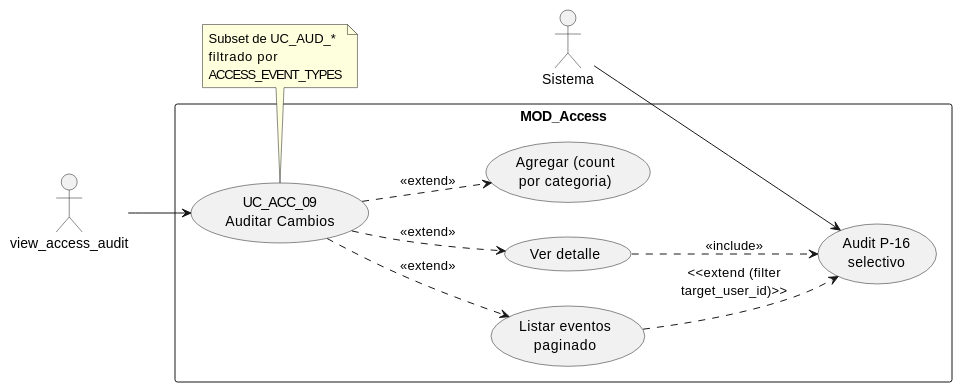
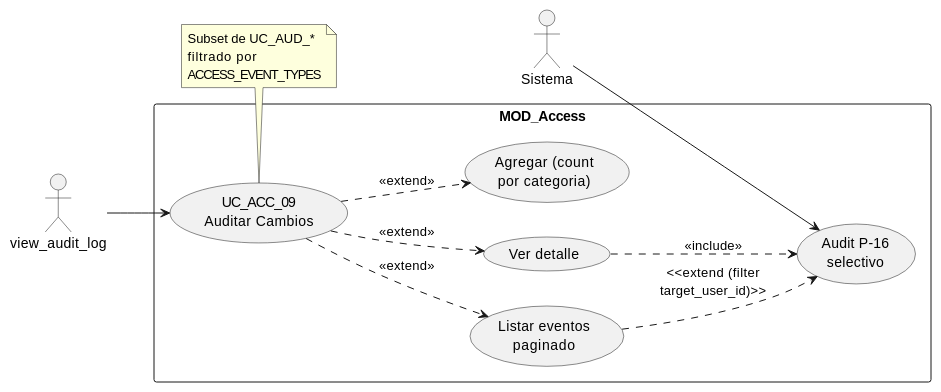
Before and after one commit to jcg-admin/IACT-docs: the first of 4 diagrams in source/requisitos/casos-uso/access/uc-acc-09/diagramas-uml.rst, drawn with PlantUML. The commit also changed other lines of this file and 157 other files, not shown here.

First line of the commit message:
Enforce catalog function names across all diagrams

```diff
--- a/source/requisitos/casos-uso/access/uc-acc-09/diagramas-uml.rst
+++ b/source/requisitos/casos-uso/access/uc-acc-09/diagramas-uml.rst
@@ -10,32 +10,32 @@
 .. uml::
  :caption: UC_ACC_09 — actores y casos asociados
 
  @startuml
  left to right direction
 
- actor "view_access_audit" as INVOKER
+ actor "view_audit_log" as INVOKER
  actor "Sistema" as SYS
 
  rectangle "MOD_Access" {
    usecase "UC_ACC_09\nAuditar Cambios" as UC09
    usecase "Listar eventos\npaginado" as LST
    usecase "Ver detalle" as DET
    usecase "Agregar (count\npor categoria)" as AGG
    usecase "Audit P-16\nselectivo" as AUDS
  }
 
  INVOKER --> UC09
  UC09 ..> LST : <<extend>>
  UC09 ..> DET : <<extend>>
  UC09 ..> AGG : <<extend>>
  LST ..> AUDS : <<extend (filter\ntarget_user_id)>>
  DET ..> AUDS : <<include>>
  SYS --> AUDS
 
  note bottom of UC09
    Subset de UC_AUD_*
    filtrado por
    ACCESS_EVENT_TYPES
  end note
 
  @enduml
```
